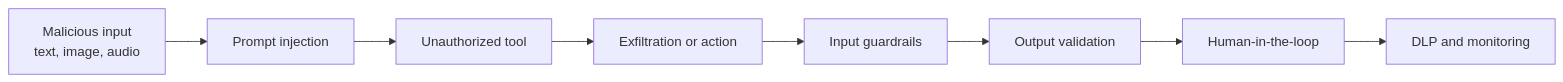
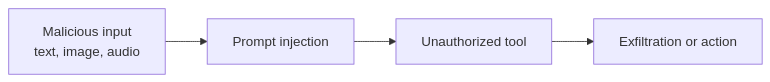
One commit to alicino/kb-blog changed the first of 2 diagrams in src/content/articles/en/2026-09-13-owasp-genai-top-10-2026.md. Above: the diagram before and after it, drawn with Mermaid. The commit also changed other lines of this file and 1 other file, not shown here.

Commit message:
fix: split Mermaid into two independent horizontal flows (attack + defense)

````diff
--- a/src/content/articles/en/2026-09-13-owasp-genai-top-10-2026.md
+++ b/src/content/articles/en/2026-09-13-owasp-genai-top-10-2026.md
@@ -25,10 +25,6 @@
 ```mermaid
 flowchart LR
     A[Malicious input<br>text, image, audio] --> B[Prompt injection]
     B --> C[Unauthorized tool]
     C --> D[Exfiltration or action]
-    D --> E[Input guardrails]
-    E --> F[Output validation]
-    F --> G[Human-in-the-loop]
-    G --> H[DLP and monitoring]
 ```
````
